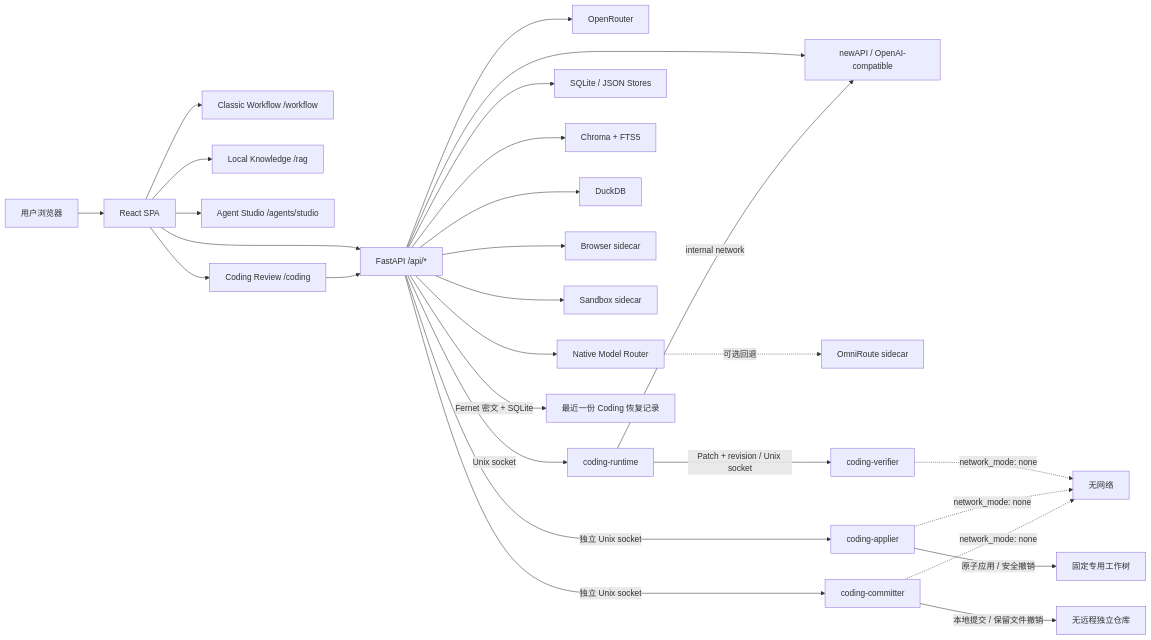
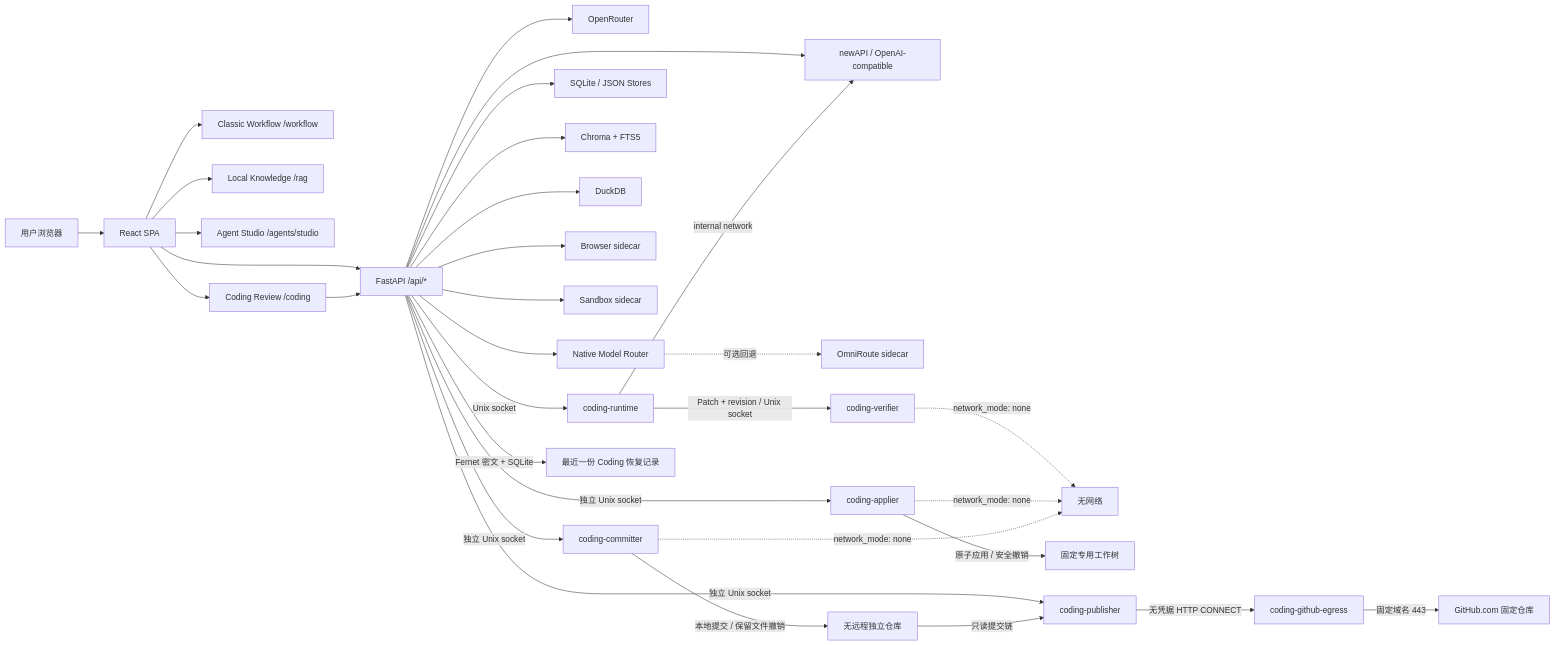
One commit to PinkElf-Elysia/ModelMirror changed the first of 3 diagrams in docs/ARCHITECTURE.md. Above: the diagram before and after it, drawn with Mermaid. The commit also changed other lines of this file and 4 other files, not shown here.

Commit message:
docs: 完成 Coding GitHub 发布 harness

````diff
--- a/docs/ARCHITECTURE.md
+++ b/docs/ARCHITECTURE.md
@@ -48,33 +50,37 @@
 ```mermaid
 flowchart LR
   U["用户浏览器"] --> SPA["React SPA"]
   SPA --> API["FastAPI /api/*"]
 
   SPA --> WF["Classic Workflow /workflow"]
   SPA --> RAG["Local Knowledge /rag"]
   SPA --> STUDIO["Agent Studio /agents/studio"]
   SPA --> CODING["Coding Review /coding"]
   CODING --> API
 
   API --> GW["newAPI / OpenAI-compatible"]
   API --> OR["OpenRouter"]
   API --> ROUTER["Native Model Router"]
   ROUTER -. "可选回退" .-> OMNI["OmniRoute sidecar"]
 
   API --> SQL["SQLite / JSON Stores"]
   API --> VECTOR["Chroma + FTS5"]
   API --> DX["DuckDB"]
   API --> BROWSER["Browser sidecar"]
   API --> SANDBOX["Sandbox sidecar"]
   API -->|"Unix socket"| CODER["coding-runtime"]
   CODER -->|"internal network"| GW
   CODER -->|"Patch + revision / Unix socket"| VERIFY["coding-verifier"]
   VERIFY -. "network_mode: none" .-> OFFLINE["无网络"]
   API -->|"独立 Unix socket"| APPLY["coding-applier"]
   APPLY -->|"原子应用 / 安全撤销"| TARGET["固定专用工作树"]
   APPLY -. "network_mode: none" .-> OFFLINE
   API -->|"独立 Unix socket"| COMMIT["coding-committer"]
   COMMIT -->|"本地提交 / 保留文件撤销"| REPO["无远程独立仓库"]
   COMMIT -. "network_mode: none" .-> OFFLINE
   API -->|"Fernet 密文 + SQLite"| RECOVERY["最近一份 Coding 恢复记录"]
+  API -->|"独立 Unix socket"| PUBLISH["coding-publisher"]
+  REPO -->|"只读提交链"| PUBLISH
+  PUBLISH -->|"无凭据 HTTP CONNECT"| EGRESS["coding-github-egress"]
+  EGRESS -->|"固定域名 443"| GITHUB["GitHub.com 固定仓库"]
 ```
````
